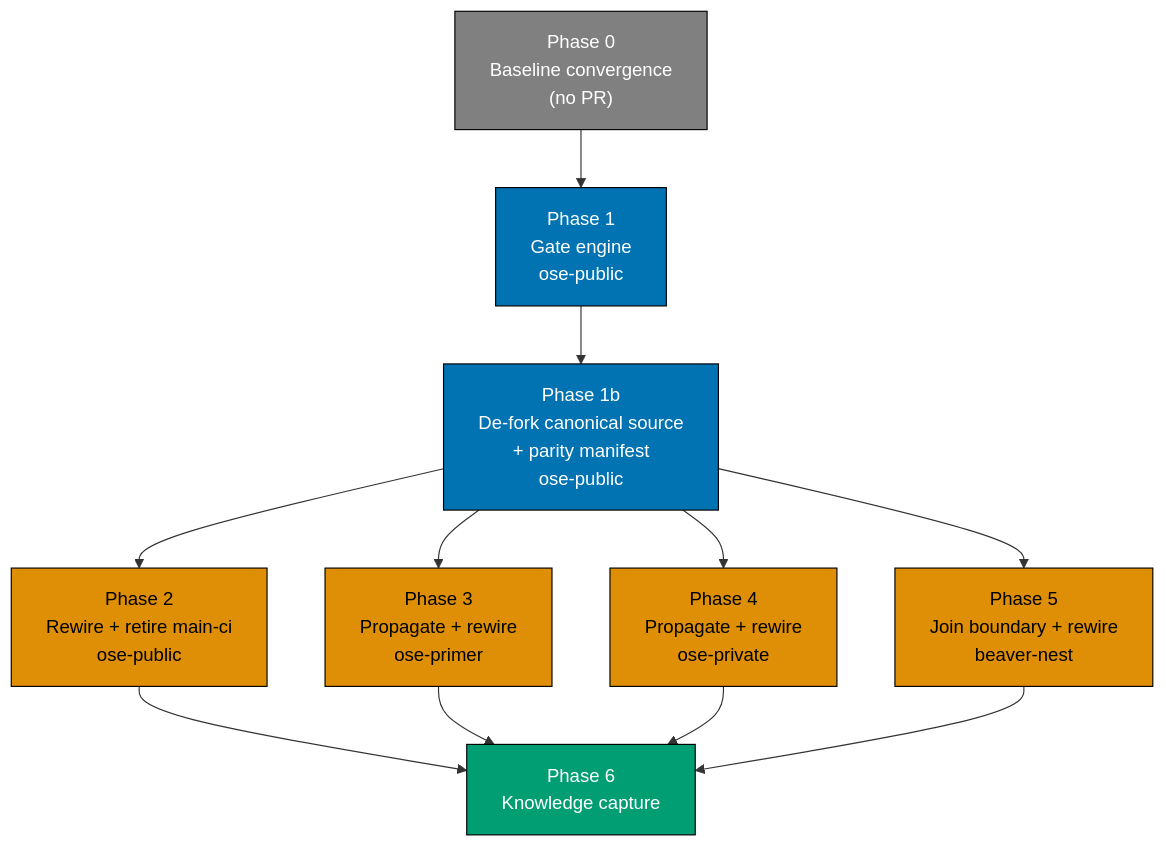
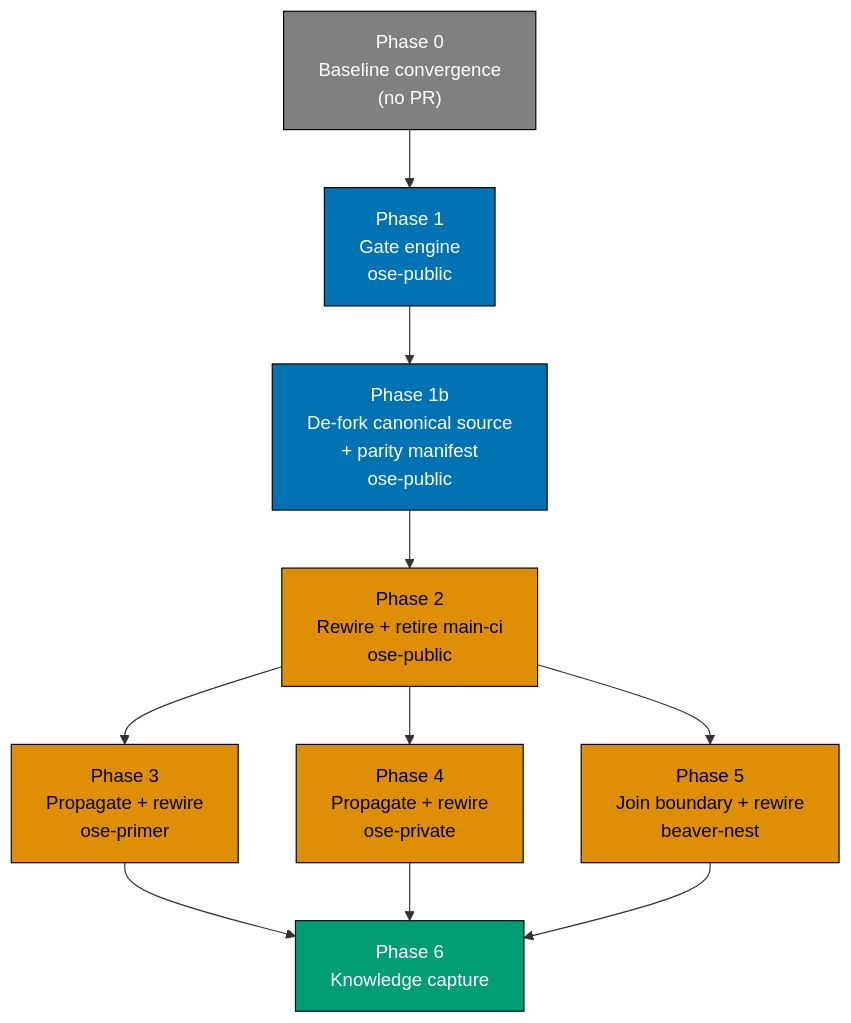
Before and after one commit to wahidyankf/open-sharia-fintech: the diagram in plans/in-progress/sdlc-gate-registry-enforcement/tech-docs.md, drawn with Mermaid. The commit also changed other lines of this file and 20 other files, not shown here.

````diff
--- a/plans/in-progress/sdlc-gate-registry-enforcement/tech-docs.md
+++ b/plans/in-progress/sdlc-gate-registry-enforcement/tech-docs.md
@@ -908,32 +1108,31 @@
 ```mermaid
 %% Color palette: Blue #0173B2, Orange #DE8F05, Teal #029E73, Gray #808080
 graph TD
     P0["Phase 0<br/>Baseline convergence<br/>(no PR)"]
     P1["Phase 1<br/>Gate engine<br/>ose-public"]
     P1B["Phase 1b<br/>De-fork canonical source<br/>+ parity manifest<br/>ose-public"]
     P2["Phase 2<br/>Rewire + retire main-ci<br/>ose-public"]
     P3["Phase 3<br/>Propagate + rewire<br/>ose-primer"]
     P4["Phase 4<br/>Propagate + rewire<br/>ose-private"]
     P5["Phase 5<br/>Join boundary + rewire<br/>beaver-nest"]
     P6["Phase 6<br/>Knowledge capture"]
 
     P0 --> P1
     P1 --> P1B
     P1B --> P2
-    P1B --> P3
-    P1B --> P4
-    P1B --> P5
-    P2 --> P6
+    P2 --> P3
+    P2 --> P4
+    P2 --> P5
     P3 --> P6
     P4 --> P6
     P5 --> P6
 
     style P0 fill:#808080,stroke:#000000,color:#FFFFFF
     style P1 fill:#0173B2,stroke:#000000,color:#FFFFFF
     style P1B fill:#0173B2,stroke:#000000,color:#FFFFFF
     style P2 fill:#DE8F05,stroke:#000000,color:#000000
     style P3 fill:#DE8F05,stroke:#000000,color:#000000
     style P4 fill:#DE8F05,stroke:#000000,color:#000000
     style P5 fill:#DE8F05,stroke:#000000,color:#000000
     style P6 fill:#029E73,stroke:#000000,color:#FFFFFF
 ```
````
